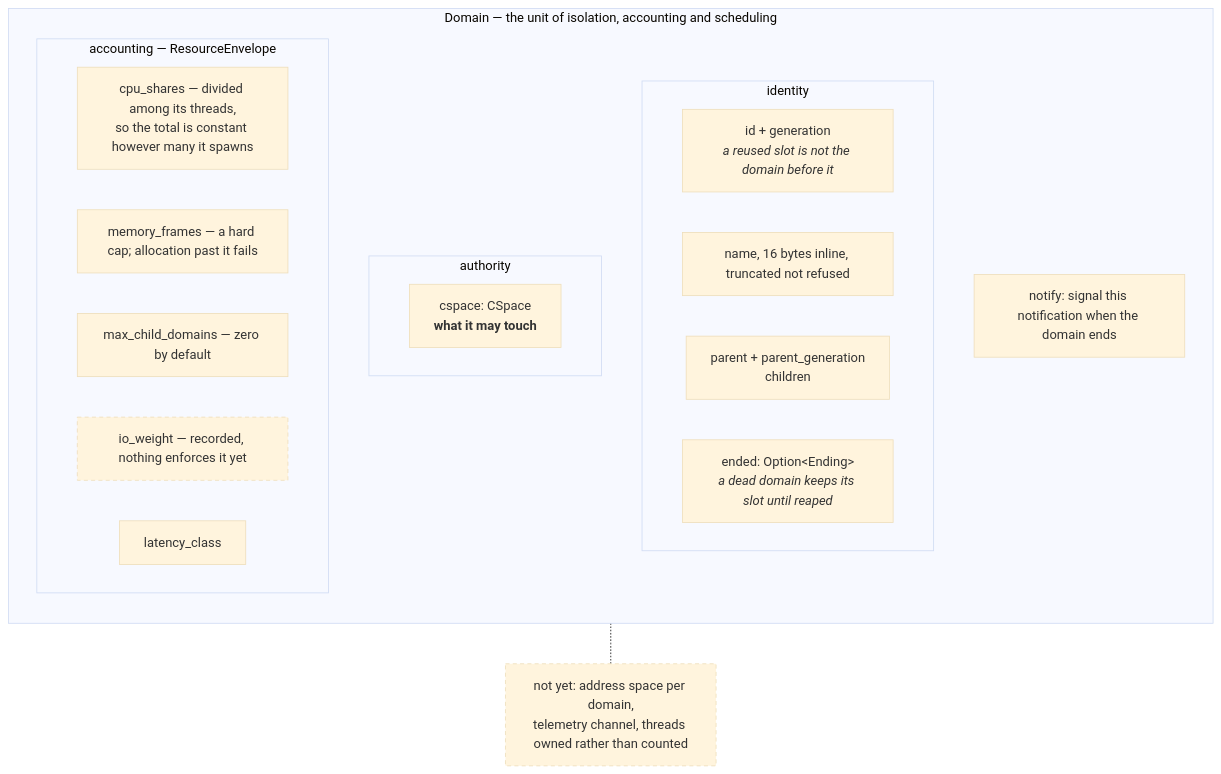
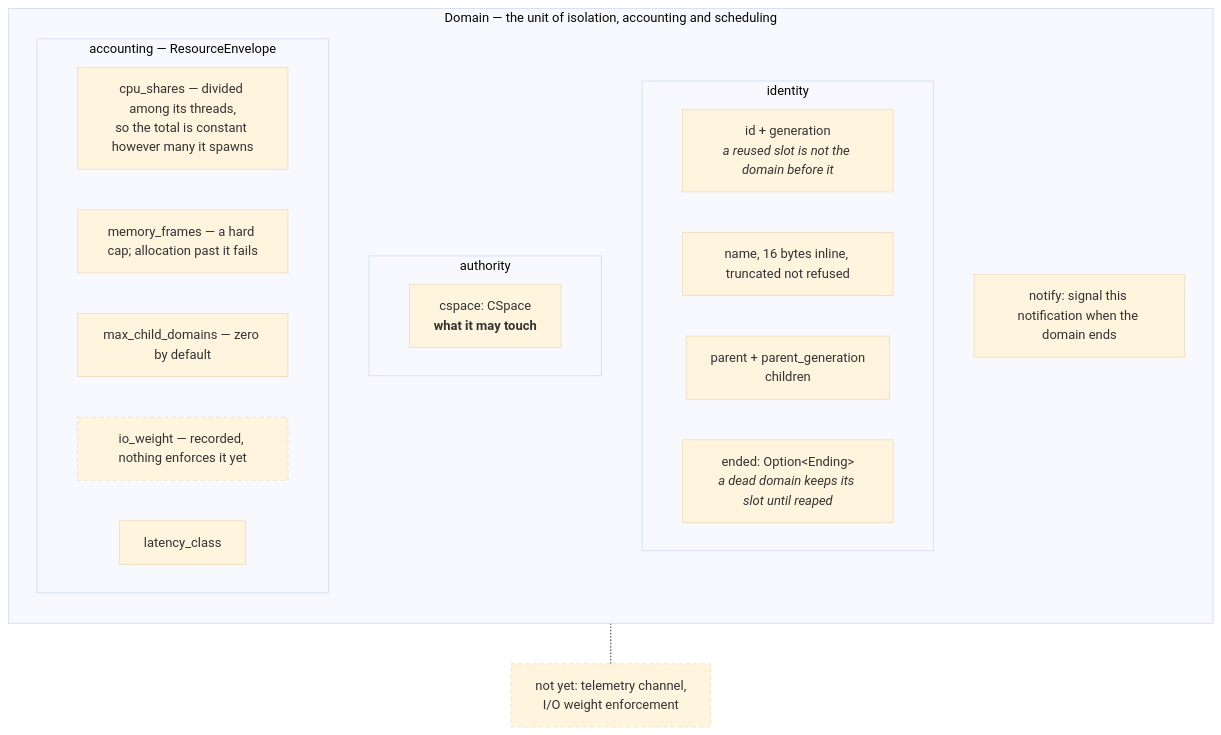
Before and after one commit to bhaskix/bhaskix: the fifth of 6 diagrams in docs/architecture.md, drawn with Mermaid (base theme). The commit also changed other lines of this file and 2 other files, not shown here.

````diff
--- a/docs/architecture.md
+++ b/docs/architecture.md
@@ -384,33 +384,33 @@
 ```mermaid
 flowchart TB
     subgraph DOM["Domain — the unit of isolation, accounting and scheduling"]
         direction TB
 
         subgraph ID["identity"]
             I1["id + generation<br/><i>a reused slot is not the domain before it</i>"]
             I2["name, 16 bytes inline, truncated not refused"]
             I3["parent + parent_generation<br/>children"]
             I4["ended: Option&lt;Ending&gt;<br/><i>a dead domain keeps its slot until reaped</i>"]
         end
 
         subgraph AUTH["authority"]
             CS["cspace: CSpace<br/><b>what it may touch</b>"]
         end
 
         subgraph ACCT["accounting — ResourceEnvelope"]
             E1["cpu_shares — divided among its threads,<br/>so the total is constant however many it spawns"]
             E2["memory_frames — a hard cap; allocation past it fails"]
             E3["max_child_domains — zero by default"]
             E4["io_weight — recorded, nothing enforces it yet"]
             E5["latency_class"]
         end
 
         NOT["notify: signal this notification when the domain ends"]
     end
 
-    MISSING["not yet: address space per domain,<br/>telemetry channel, threads owned rather than counted"]
+    MISSING["not yet: telemetry channel,<br/>I/O weight enforcement"]
 
     DOM -.- MISSING
     classDef gap stroke-dasharray: 5 4
     class MISSING,E4 gap
 ```
````
